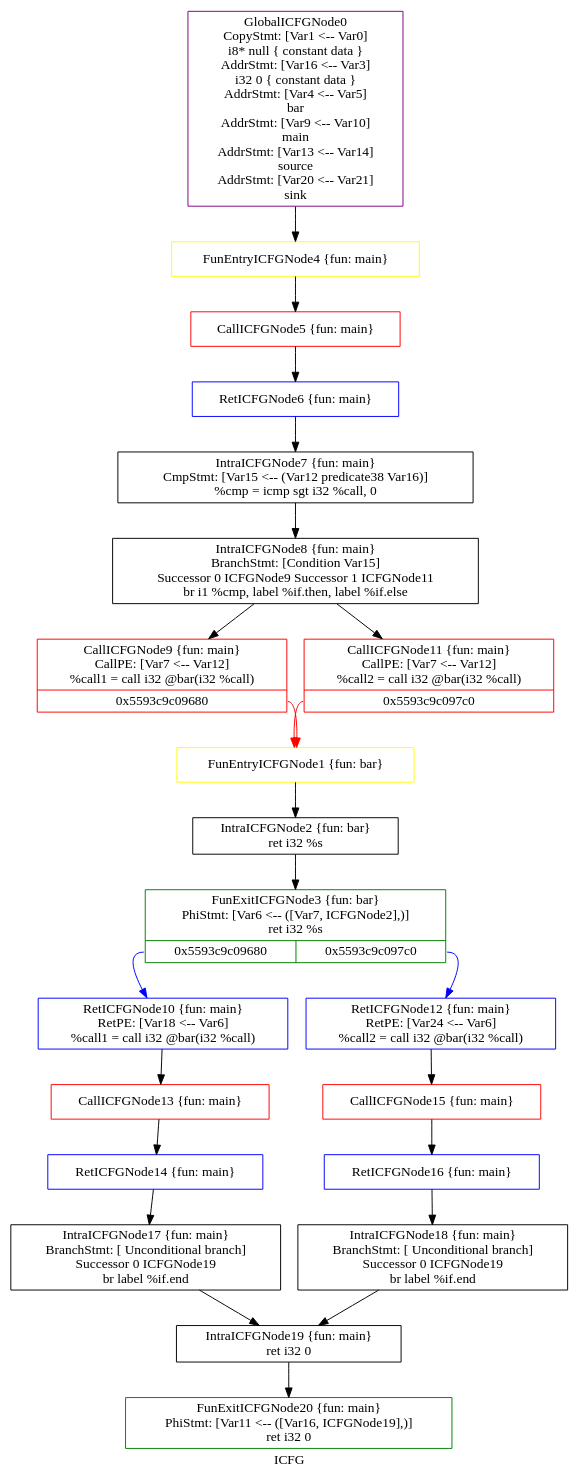
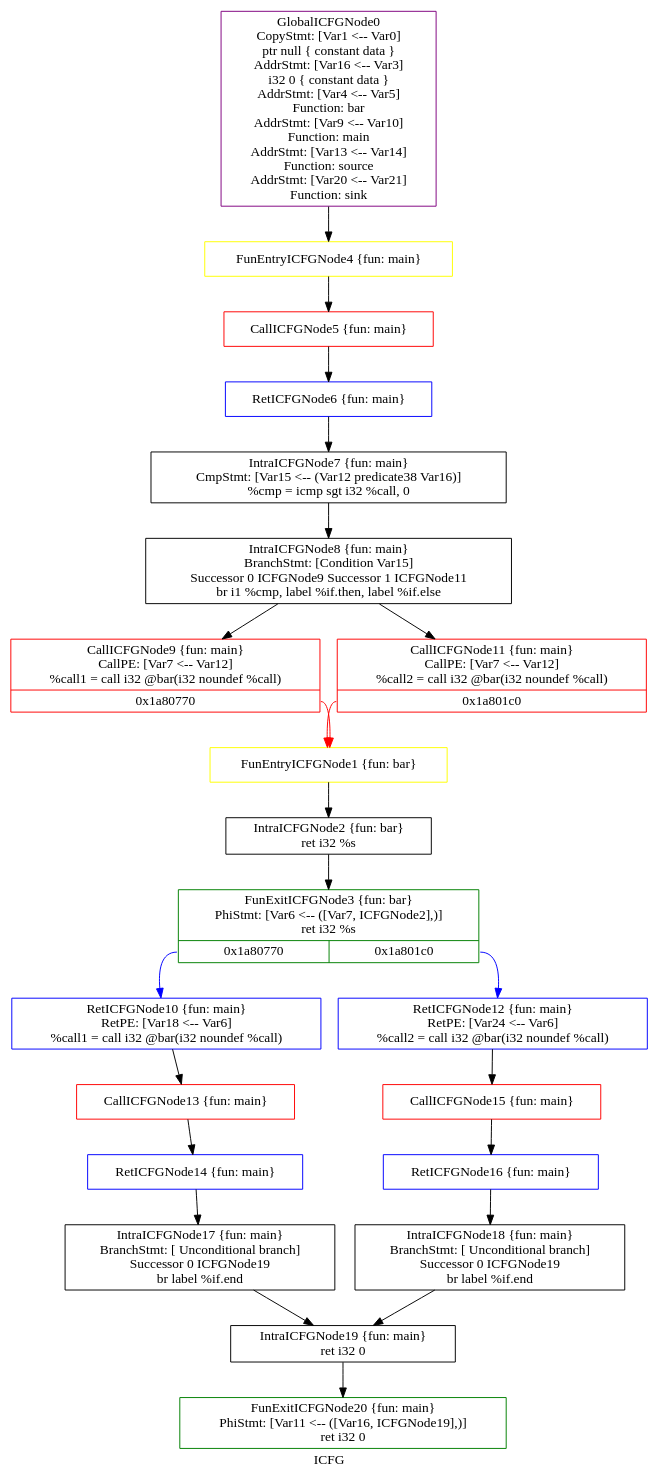
One commit to SVF-tools/Teaching-Software-Analysis changed the diagram in Assignment-2/testcase/dot/test2.ll.icfg.dot. Above: the diagram before and after it, drawn with Graphviz. The commit also changed 23 other files, not shown here.

```diff
--- a/Assignment-2/testcase/dot/test2.ll.icfg.dot
+++ b/Assignment-2/testcase/dot/test2.ll.icfg.dot
@@ -1,47 +1,47 @@
 digraph "ICFG" {
 	label="ICFG";
 
-	Node0x5593c9c0b430 [shape=record,color=green,label="{FunExitICFGNode20 \{fun: main\}\nPhiStmt: [Var11 \<-- ([Var16, ICFGNode19],)]  \n   ret i32 0 }"];
-	Node0x5593c9c0b1b0 [shape=record,color=black,label="{IntraICFGNode19 \{fun: main\}\n   ret i32 0 }"];
-	Node0x5593c9c0b1b0 -> Node0x5593c9c0b430[style=solid];
-	Node0x5593c9c31f50 [shape=record,color=black,label="{IntraICFGNode18 \{fun: main\}\nBranchStmt: [ Unconditional branch]\nSuccessor 0 ICFGNode19   \n   br label %if.end }"];
-	Node0x5593c9c31f50 -> Node0x5593c9c0b1b0[style=solid];
-	Node0x5593c9c16ff0 [shape=record,color=black,label="{IntraICFGNode17 \{fun: main\}\nBranchStmt: [ Unconditional branch]\nSuccessor 0 ICFGNode19   \n   br label %if.end }"];
-	Node0x5593c9c16ff0 -> Node0x5593c9c0b1b0[style=solid];
-	Node0x5593c9c0ace0 [shape=record,color=blue,label="{RetICFGNode16 \{fun: main\}}"];
-	Node0x5593c9c0ace0 -> Node0x5593c9c31f50[style=solid];
-	Node0x5593c9c01140 [shape=record,color=red,label="{CallICFGNode15 \{fun: main\}}"];
-	Node0x5593c9c01140 -> Node0x5593c9c0ace0[style=solid];
-	Node0x5593c9c31e20 [shape=record,color=blue,label="{RetICFGNode14 \{fun: main\}}"];
-	Node0x5593c9c31e20 -> Node0x5593c9c16ff0[style=solid];
-	Node0x5593c9c01e20 [shape=record,color=red,label="{CallICFGNode13 \{fun: main\}}"];
-	Node0x5593c9c01e20 -> Node0x5593c9c31e20[style=solid];
-	Node0x5593c9c166a0 [shape=record,color=purple,label="{GlobalICFGNode0\nCopyStmt: [Var1 \<-- Var0]  \n i8* null \{ constant data \}\nAddrStmt: [Var16 \<-- Var3]  \n i32 0 \{ constant data \}\nAddrStmt: [Var4 \<-- Var5]  \n bar \nAddrStmt: [Var9 \<-- Var10]  \n main \nAddrStmt: [Var13 \<-- Var14]  \n source \nAddrStmt: [Var20 \<-- Var21]  \n sink }"];
-	Node0x5593c9c166a0 -> Node0x5593c9c14d20[style=solid];
-	Node0x5593c9c14f30 [shape=record,color=yellow,label="{FunEntryICFGNode1 \{fun: bar\}}"];
-	Node0x5593c9c14f30 -> Node0x5593c9c16880[style=solid];
-	Node0x5593c9c16880 [shape=record,color=black,label="{IntraICFGNode2 \{fun: bar\}\n   ret i32 %s }"];
-	Node0x5593c9c16880 -> Node0x5593c9c14e60[style=solid];
-	Node0x5593c9c14e60 [shape=record,color=green,label="{FunExitICFGNode3 \{fun: bar\}\nPhiStmt: [Var6 \<-- ([Var7, ICFGNode2],)]  \n   ret i32 %s |{<s0>0x5593c9c09680|<s1>0x5593c9c097c0}}"];
-	Node0x5593c9c14e60:s0 -> Node0x5593c9c163d0[style=solid,color=blue];
-	Node0x5593c9c14e60:s1 -> Node0x5593c9c16a60[style=solid,color=blue];
-	Node0x5593c9c14d20 [shape=record,color=yellow,label="{FunEntryICFGNode4 \{fun: main\}}"];
-	Node0x5593c9c14d20 -> Node0x5593c9c03cd0[style=solid];
-	Node0x5593c9c03cd0 [shape=record,color=red,label="{CallICFGNode5 \{fun: main\}}"];
-	Node0x5593c9c03cd0 -> Node0x5593c9c05f90[style=solid];
-	Node0x5593c9c05f90 [shape=record,color=blue,label="{RetICFGNode6 \{fun: main\}}"];
-	Node0x5593c9c05f90 -> Node0x5593c9c16c30[style=solid];
-	Node0x5593c9c16c30 [shape=record,color=black,label="{IntraICFGNode7 \{fun: main\}\nCmpStmt: [Var15 \<-- (Var12 predicate38 Var16)]  \n   %cmp = icmp sgt i32 %call, 0 }"];
-	Node0x5593c9c16c30 -> Node0x5593c9c16e10[style=solid];
-	Node0x5593c9c16e10 [shape=record,color=black,label="{IntraICFGNode8 \{fun: main\}\nBranchStmt: [Condition Var15]\nSuccessor 0 ICFGNode9   Successor 1 ICFGNode11   \n   br i1 %cmp, label %if.then, label %if.else }"];
-	Node0x5593c9c16e10 -> Node0x5593c9c00530[style=solid];
-	Node0x5593c9c16e10 -> Node0x5593c9c01c20[style=solid];
-	Node0x5593c9c00530 [shape=record,color=red,label="{CallICFGNode9 \{fun: main\}\nCallPE: [Var7 \<-- Var12]  \n   %call1 = call i32 @bar(i32 %call) |{<s0>0x5593c9c09680}}"];
-	Node0x5593c9c00530:s0 -> Node0x5593c9c14f30[style=solid,color=red];
-	Node0x5593c9c163d0 [shape=record,color=blue,label="{RetICFGNode10 \{fun: main\}\nRetPE: [Var18 \<-- Var6]  \n   %call1 = call i32 @bar(i32 %call) }"];
-	Node0x5593c9c163d0 -> Node0x5593c9c01e20[style=solid];
-	Node0x5593c9c01c20 [shape=record,color=red,label="{CallICFGNode11 \{fun: main\}\nCallPE: [Var7 \<-- Var12]  \n   %call2 = call i32 @bar(i32 %call) |{<s0>0x5593c9c097c0}}"];
-	Node0x5593c9c01c20:s0 -> Node0x5593c9c14f30[style=solid,color=red];
-	Node0x5593c9c16a60 [shape=record,color=blue,label="{RetICFGNode12 \{fun: main\}\nRetPE: [Var24 \<-- Var6]  \n   %call2 = call i32 @bar(i32 %call) }"];
-	Node0x5593c9c16a60 -> Node0x5593c9c01140[style=solid];
+	Node0x1a6bf20 [shape=record,color=purple,label="{GlobalICFGNode0\nCopyStmt: [Var1 \<-- Var0]  \n ptr null \{ constant data \}\nAddrStmt: [Var16 \<-- Var3]  \n i32 0 \{ constant data \}\nAddrStmt: [Var4 \<-- Var5]  \nFunction: bar \nAddrStmt: [Var9 \<-- Var10]  \nFunction: main \nAddrStmt: [Var13 \<-- Var14]  \nFunction: source \nAddrStmt: [Var20 \<-- Var21]  \nFunction: sink }"];
+	Node0x1a6bf20 -> Node0x1a623c0[style=solid];
+	Node0x1a60360 [shape=record,color=yellow,label="{FunEntryICFGNode1 \{fun: bar\}}"];
+	Node0x1a60360 -> Node0x1ad9d60[style=solid];
+	Node0x1ad9d60 [shape=record,color=black,label="{IntraICFGNode2 \{fun: bar\}\n   ret i32 %s }"];
+	Node0x1ad9d60 -> Node0x1a803d0[style=solid];
+	Node0x1a803d0 [shape=record,color=green,label="{FunExitICFGNode3 \{fun: bar\}\nPhiStmt: [Var6 \<-- ([Var7, ICFGNode2],)]  \n   ret i32 %s |{<s0>0x1a80770|<s1>0x1a801c0}}"];
+	Node0x1a803d0:s0 -> Node0x1a6bfe0[style=solid,color=blue];
+	Node0x1a803d0:s1 -> Node0x1a760f0[style=solid,color=blue];
+	Node0x1a623c0 [shape=record,color=yellow,label="{FunEntryICFGNode4 \{fun: main\}}"];
+	Node0x1a623c0 -> Node0x1ab0880[style=solid];
+	Node0x1ab0880 [shape=record,color=red,label="{CallICFGNode5 \{fun: main\}}"];
+	Node0x1ab0880 -> Node0x1a8ace0[style=solid];
+	Node0x1a8ace0 [shape=record,color=blue,label="{RetICFGNode6 \{fun: main\}}"];
+	Node0x1a8ace0 -> Node0x1a56230[style=solid];
+	Node0x1a56230 [shape=record,color=black,label="{IntraICFGNode7 \{fun: main\}\nCmpStmt: [Var15 \<-- (Var12 predicate38 Var16)]  \n   %cmp = icmp sgt i32 %call, 0 }"];
+	Node0x1a56230 -> Node0x1a687a0[style=solid];
+	Node0x1a687a0 [shape=record,color=black,label="{IntraICFGNode8 \{fun: main\}\nBranchStmt: [Condition Var15]\nSuccessor 0 ICFGNode9   Successor 1 ICFGNode11   \n   br i1 %cmp, label %if.then, label %if.else }"];
+	Node0x1a687a0 -> Node0x1ad8f40[style=solid];
+	Node0x1a687a0 -> Node0x1ab9340[style=solid];
+	Node0x1ad8f40 [shape=record,color=red,label="{CallICFGNode9 \{fun: main\}\nCallPE: [Var7 \<-- Var12]  \n   %call1 = call i32 @bar(i32 noundef %call) |{<s0>0x1a80770}}"];
+	Node0x1ad8f40:s0 -> Node0x1a60360[style=solid,color=red];
+	Node0x1a6bfe0 [shape=record,color=blue,label="{RetICFGNode10 \{fun: main\}\nRetPE: [Var18 \<-- Var6]  \n   %call1 = call i32 @bar(i32 noundef %call) }"];
+	Node0x1a6bfe0 -> Node0x1ac4690[style=solid];
+	Node0x1ab9340 [shape=record,color=red,label="{CallICFGNode11 \{fun: main\}\nCallPE: [Var7 \<-- Var12]  \n   %call2 = call i32 @bar(i32 noundef %call) |{<s0>0x1a801c0}}"];
+	Node0x1ab9340:s0 -> Node0x1a60360[style=solid,color=red];
+	Node0x1a760f0 [shape=record,color=blue,label="{RetICFGNode12 \{fun: main\}\nRetPE: [Var24 \<-- Var6]  \n   %call2 = call i32 @bar(i32 noundef %call) }"];
+	Node0x1a760f0 -> Node0x1aa24b0[style=solid];
+	Node0x1ac4690 [shape=record,color=red,label="{CallICFGNode13 \{fun: main\}}"];
+	Node0x1ac4690 -> Node0x1a6c270[style=solid];
+	Node0x1a6c270 [shape=record,color=blue,label="{RetICFGNode14 \{fun: main\}}"];
+	Node0x1a6c270 -> Node0x1ad09e0[style=solid];
+	Node0x1aa24b0 [shape=record,color=red,label="{CallICFGNode15 \{fun: main\}}"];
+	Node0x1aa24b0 -> Node0x1ae9910[style=solid];
+	Node0x1ae9910 [shape=record,color=blue,label="{RetICFGNode16 \{fun: main\}}"];
+	Node0x1ae9910 -> Node0x1a620c0[style=solid];
+	Node0x1ad09e0 [shape=record,color=black,label="{IntraICFGNode17 \{fun: main\}\nBranchStmt: [ Unconditional branch]\nSuccessor 0 ICFGNode19   \n   br label %if.end }"];
+	Node0x1ad09e0 -> Node0x1a6a4d0[style=solid];
+	Node0x1a620c0 [shape=record,color=black,label="{IntraICFGNode18 \{fun: main\}\nBranchStmt: [ Unconditional branch]\nSuccessor 0 ICFGNode19   \n   br label %if.end }"];
+	Node0x1a620c0 -> Node0x1a6a4d0[style=solid];
+	Node0x1a6a4d0 [shape=record,color=black,label="{IntraICFGNode19 \{fun: main\}\n   ret i32 0 }"];
+	Node0x1a6a4d0 -> Node0x1a6c380[style=solid];
+	Node0x1a6c380 [shape=record,color=green,label="{FunExitICFGNode20 \{fun: main\}\nPhiStmt: [Var11 \<-- ([Var16, ICFGNode19],)]  \n   ret i32 0 }"];
 }
```
